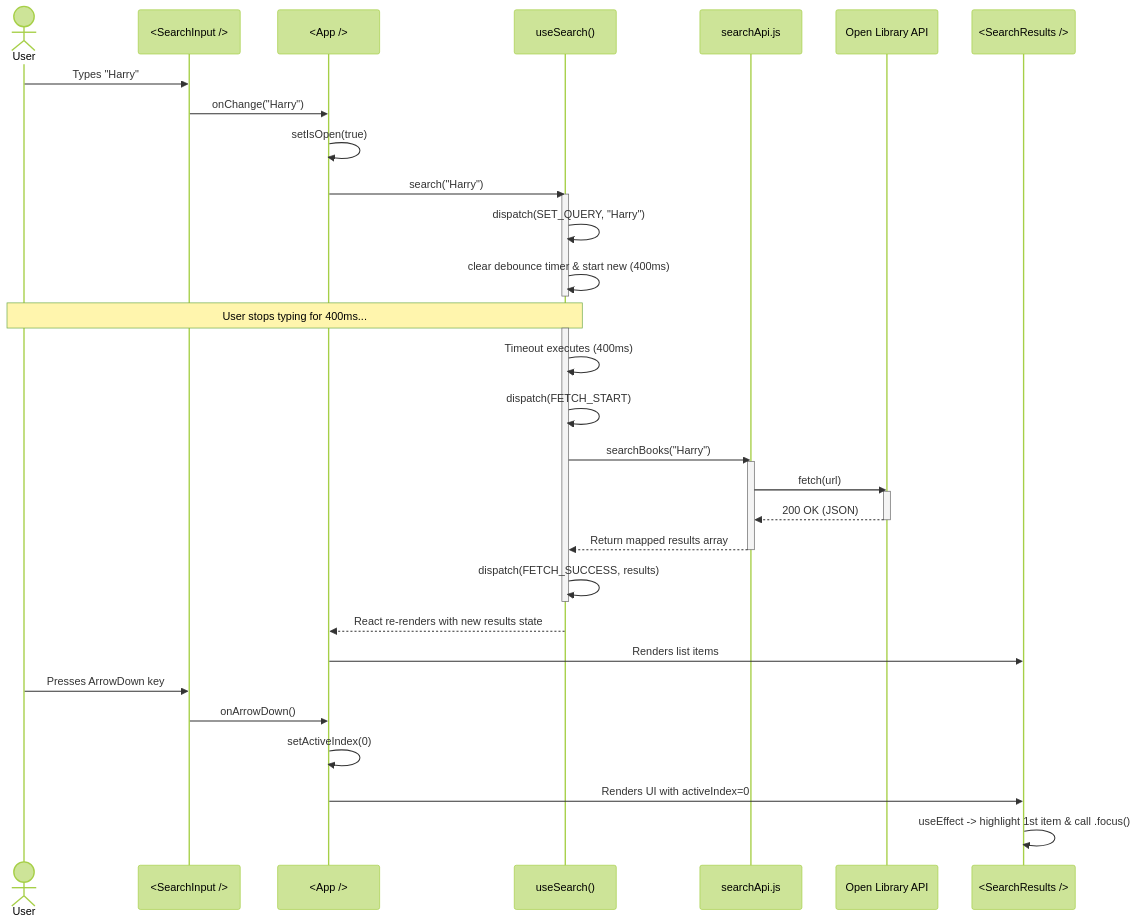
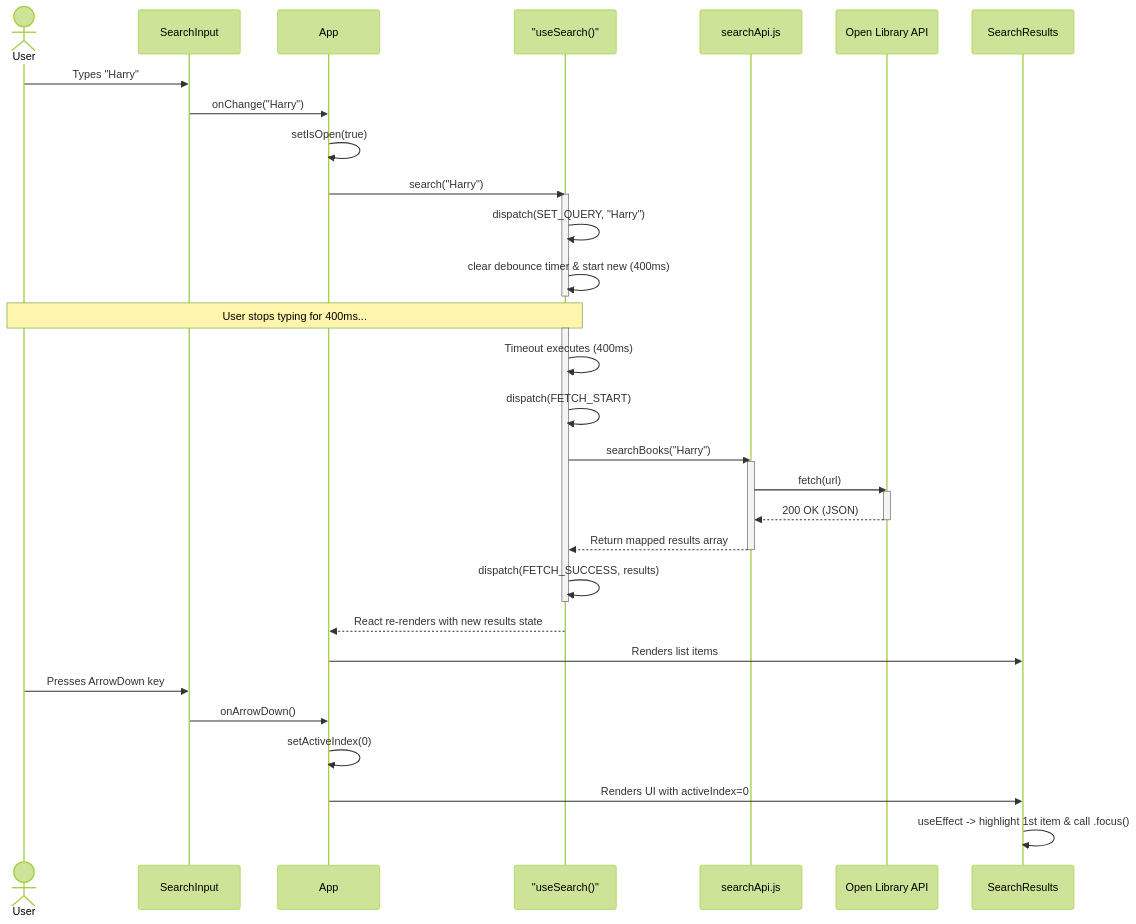
One commit to jumppack/React-live-search-autocomplete changed the second of 2 diagrams in docs/arch_spec.md. Above: the diagram before and after it, drawn with Mermaid (forest theme).

Commit message:
Update live search autocomplete

````diff
--- a/docs/arch_spec.md
+++ b/docs/arch_spec.md
@@ -88,44 +88,44 @@
 ```mermaid
 sequenceDiagram
     actor User
-    participant DOM as <SearchInput />
-    participant App as <App />
-    participant Hook as useSearch()
+    participant DOM as SearchInput
+    participant App as App
+    participant Hook as "useSearch()"
     participant API as searchApi.js
     participant Remote as Open Library API
-    participant Results as <SearchResults />
+    participant Results as SearchResults
 
     User->>DOM: Types "Harry"
     DOM->>App: onChange("Harry")
     App->>App: setIsOpen(true)
     App->>Hook: search("Harry")
     activate Hook
     Hook->>Hook: dispatch(SET_QUERY, "Harry")
     Hook->>Hook: clear debounce timer & start new (400ms)
     deactivate Hook
 
     Note over User,Hook: User stops typing for 400ms...
 
     activate Hook
     Hook->>Hook: Timeout executes (400ms)
     Hook->>Hook: dispatch(FETCH_START)
     Hook->>API: searchBooks("Harry")
     activate API
     API->>Remote: fetch(url)
     activate Remote
     Remote-->>API: 200 OK (JSON)
     deactivate Remote
     API-->>Hook: Return mapped results array
     deactivate API
     Hook->>Hook: dispatch(FETCH_SUCCESS, results)
     deactivate Hook
 
     Hook-->>App: React re-renders with new results state
     App->>Results: Renders list items
 
     User->>DOM: Presses ArrowDown key
     DOM->>App: onArrowDown()
     App->>App: setActiveIndex(0)
     App->>Results: Renders UI with activeIndex=0
     Results->>Results: useEffect -> highlight 1st item & call .focus()
 ```
````
